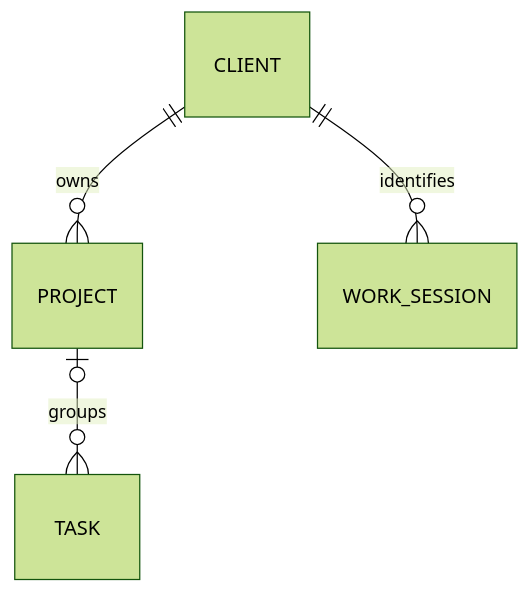
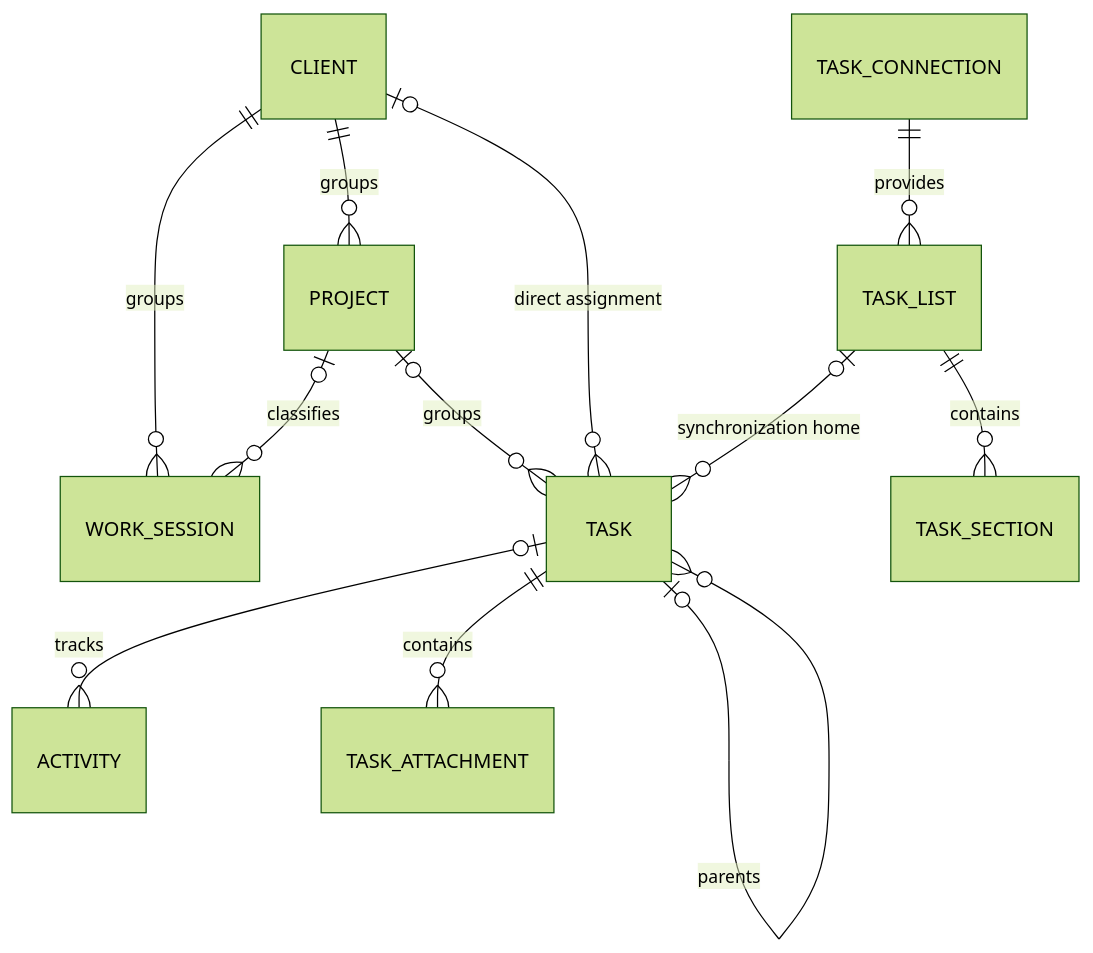
The second of 2 diagrams in docs/architecture/DATA-MODEL.md (turesheim/eclipse-timekeeper), drawn with Mermaid (forest theme) before and after one commit. The commit also changed other lines of this file, not shown here.

Commit message:
Update Dagsverk task data model documentation

````diff
--- a/docs/architecture/DATA-MODEL.md
+++ b/docs/architecture/DATA-MODEL.md
@@ -570,6 +418,14 @@
 ```mermaid
 erDiagram
-    CLIENT ||--o{ PROJECT : owns
-    CLIENT ||--o{ WORK_SESSION : identifies
+    CLIENT ||--o{ PROJECT : groups
+    CLIENT ||--o{ WORK_SESSION : groups
+    PROJECT o|--o{ WORK_SESSION : classifies
     PROJECT o|--o{ TASK : groups
+    CLIENT o|--o{ TASK : "direct assignment"
+    TASK o|--o{ TASK : parents
+    TASK o|--o{ ACTIVITY : tracks
+    TASK_LIST o|--o{ TASK : "synchronization home"
+    TASK_CONNECTION ||--o{ TASK_LIST : provides
+    TASK_LIST ||--o{ TASK_SECTION : contains
+    TASK ||--o{ TASK_ATTACHMENT : contains
 ```
````
